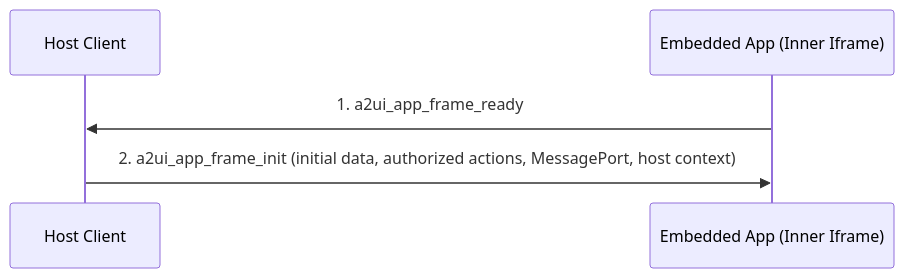
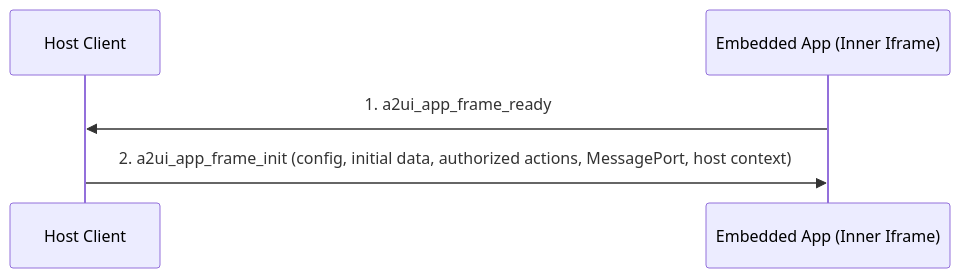
One commit to a2ui-project/a2ui changed the second of 2 diagrams in samples/community/client/angular/projects/mcp_calculator/src/a2ui-catalog/web-frame-component_spec.md. Above: the diagram before and after it, drawn with Mermaid. The commit also changed other lines of this file and 5 other files, not shown here.

Commit message:
feat: add static config object to app frame initialization handshake and update pong engine to support configurable winning scores

````diff
--- a/samples/community/client/angular/projects/mcp_calculator/src/a2ui-catalog/web-frame-component_spec.md
+++ b/samples/community/client/angular/projects/mcp_calculator/src/a2ui-catalog/web-frame-component_spec.md
@@ -121,8 +121,8 @@
 ```mermaid
 sequenceDiagram
     participant Host as Host Client
     participant App as Embedded App (Inner Iframe)
 
     App->>Host: 1. a2ui_app_frame_ready
-    Host->>App: 2. a2ui_app_frame_init (initial data, authorized actions, MessagePort, host context)
+    Host->>App: 2. a2ui_app_frame_init (config, initial data, authorized actions, MessagePort, host context)
 ```
````
